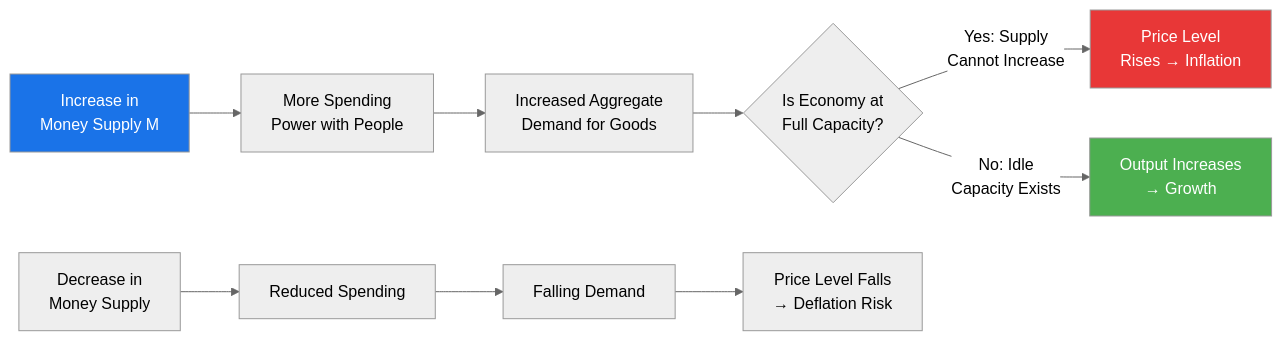
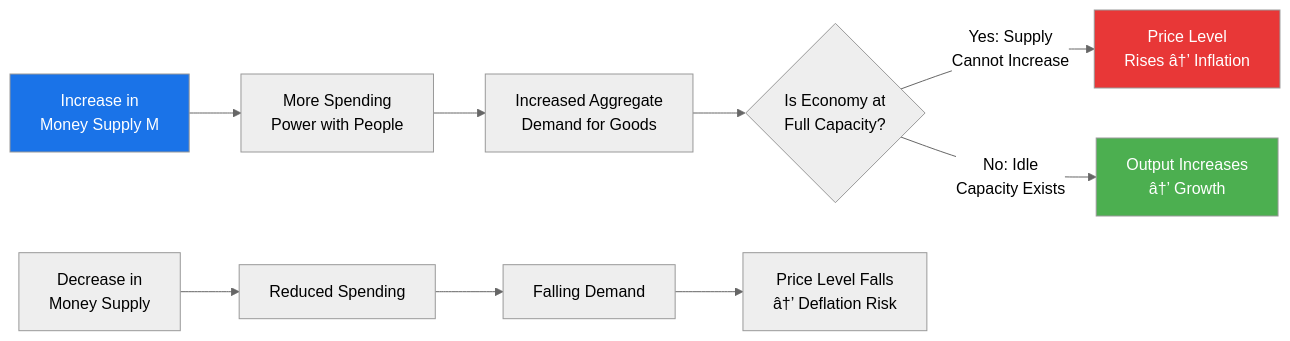
Before and after one commit to Raushan666java/ai-engineering-journey: the fourth of 4 diagrams in docs/courses/banking-financial-awareness/01-rbi-monetary-policy.md, drawn with Mermaid (neutral theme). The commit also changed other lines of this file and 735 other files, not shown here.

````diff
--- a/docs/courses/banking-financial-awareness/01-rbi-monetary-policy.md
+++ b/docs/courses/banking-financial-awareness/01-rbi-monetary-policy.md
@@ -1115,16 +1115,16 @@
 ```mermaid
 flowchart LR
     A[Increase in<br/>Money Supply M] --> B[More Spending<br/>Power with People]
     B --> C[Increased Aggregate<br/>Demand for Goods]
     C --> D{Is Economy at<br/>Full Capacity?}
-    D -->|Yes: Supply<br/>Cannot Increase| E[Price Level<br/>Rises → Inflation]
-    D -->|No: Idle<br/>Capacity Exists| F[Output Increases<br/>→ Growth]
+    D -->|Yes: Supply<br/>Cannot Increase| E[Price Level<br/>Rises â†’ Inflation]
+    D -->|No: Idle<br/>Capacity Exists| F[Output Increases<br/>â†’ Growth]
     
     G[Decrease in<br/>Money Supply] --> H[Reduced Spending]
     H --> I[Falling Demand]
-    I --> J[Price Level Falls<br/>→ Deflation Risk]
+    I --> J[Price Level Falls<br/>â†’ Deflation Risk]
     
     style A fill:#1a73e8,color:#fff
     style E fill:#e83737,color:#fff
     style F fill:#4CAF50,color:#fff
 ```
````
